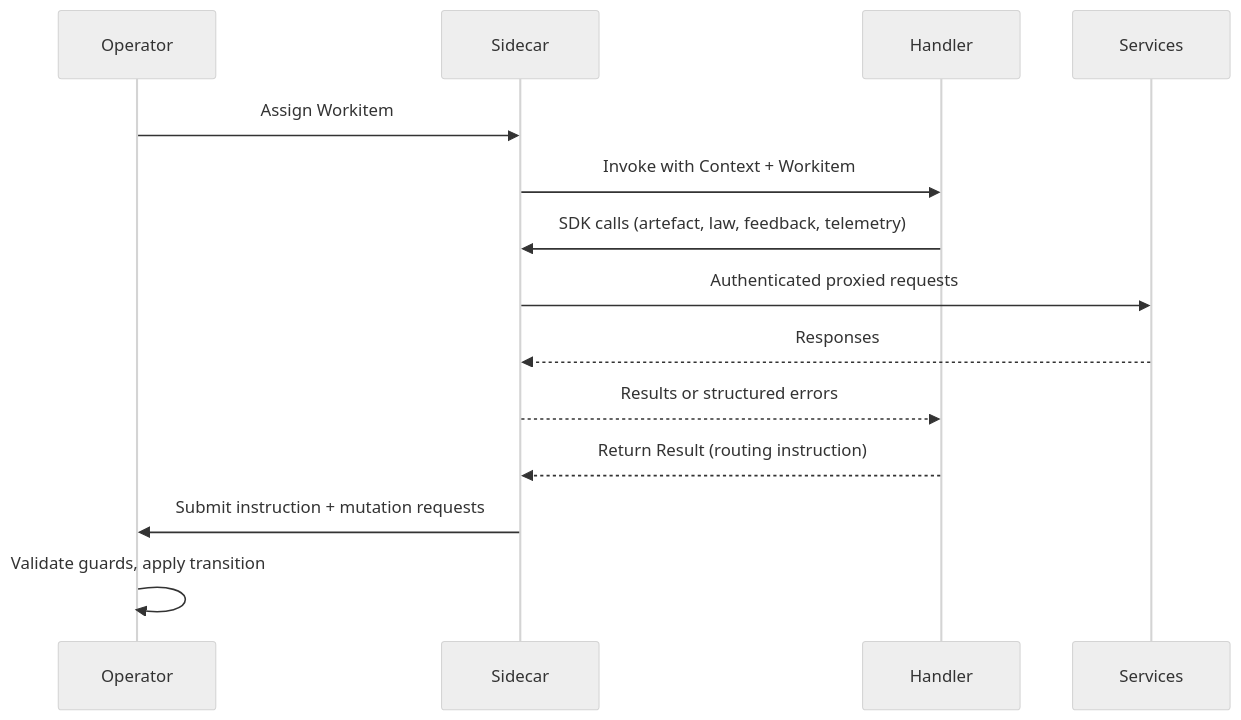
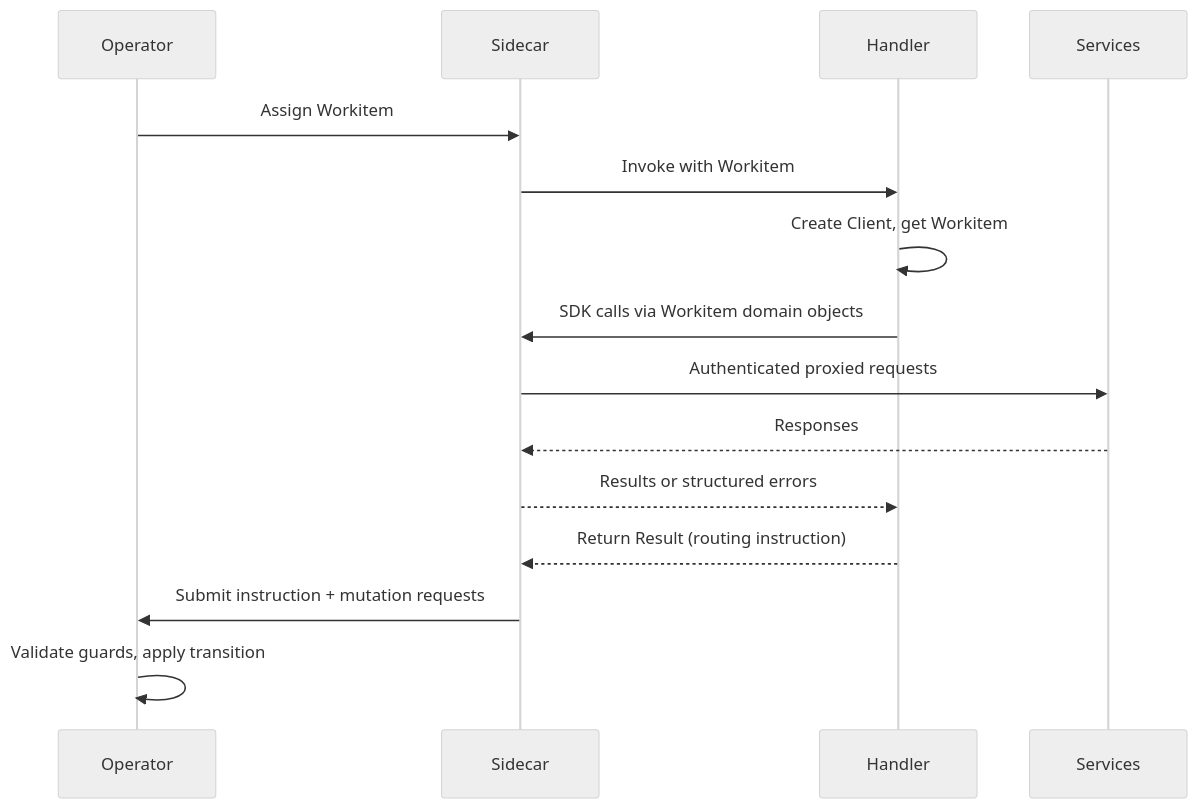
Before and after one commit to really-knows-ai/gideas: the diagram in specs/04-sdk/01-sdk-core.md, drawn with Mermaid (neutral theme). The commit also changed other lines of this file and 34 other files, not shown here.

````diff
--- a/specs/04-sdk/01-sdk-core.md
+++ b/specs/04-sdk/01-sdk-core.md
@@ -20,17 +26,18 @@
 ```mermaid
 sequenceDiagram
     participant OP as Operator
     participant SC as Sidecar
     participant HD as Handler
     participant SV as Services
 
     OP->>SC: Assign Workitem
-    SC->>HD: Invoke with Context + Workitem
-    HD->>SC: SDK calls (artefact, law, feedback, telemetry)
+    SC->>HD: Invoke with Workitem
+    HD->>HD: Create Client, get Workitem
+    HD->>SC: SDK calls via Workitem domain objects
     SC->>SV: Authenticated proxied requests
     SV-->>SC: Responses
     SC-->>HD: Results or structured errors
     HD-->>SC: Return Result (routing instruction)
     SC->>OP: Submit instruction + mutation requests
     OP->>OP: Validate guards, apply transition
 ```
````
